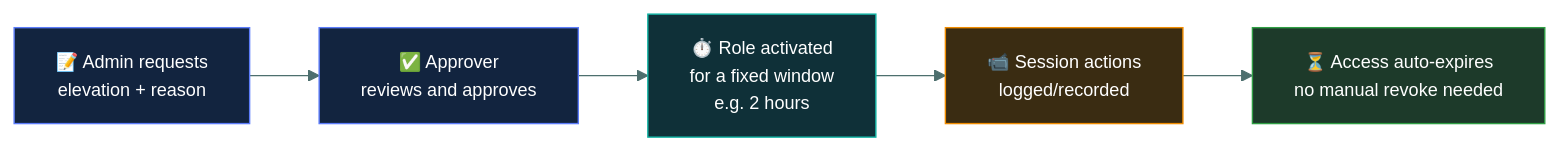
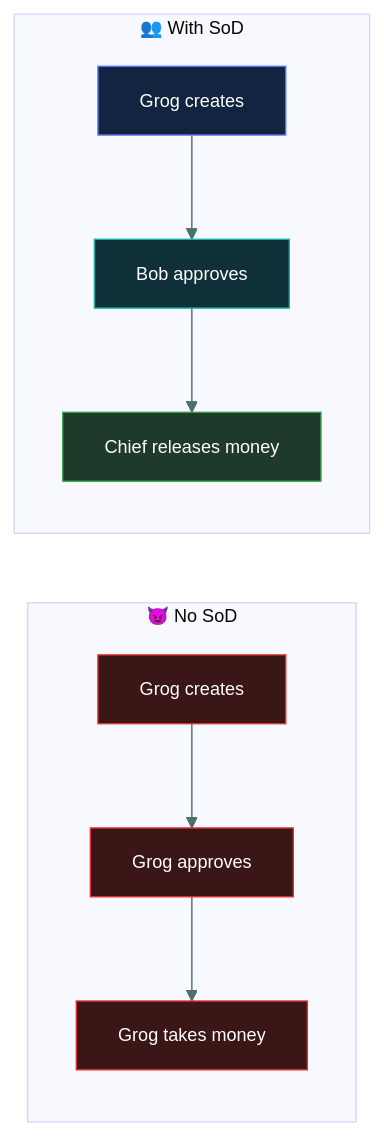
One commit to tarunTejaDesireddy/cc-exam-prep changed the fourth of 4 diagrams in 03-access-control/least-privilege-and-sod/README.md. Above: the diagram before and after it, drawn with Mermaid. The commit also changed other lines of this file, not shown here.

Commit message:
Replace least privilege / need-to-know / SoD with caveman-style version, diagrams and questions

````diff
--- a/03-access-control/least-privilege-and-sod/README.md
+++ b/03-access-control/least-privilege-and-sod/README.md
@@ -196,14 +256,17 @@
 ```mermaid
 %%{init: {'theme':'base','themeVariables':{'fontSize':'13px','lineColor':'#4d6f6e','textColor':'#dbe7e6'}}}%%
 flowchart LR
-    REQ["📝 Admin requests<br/>elevation + reason"] --> APP["✅ Approver<br/>reviews and approves"]
-    APP --> ACT["⏱️ Role activated<br/>for a fixed window<br/>e.g. 2 hours"]
-    ACT --> REC["📹 Session actions<br/>logged/recorded"]
-    REC --> EXP["⏳ Access auto-expires<br/>no manual revoke needed"]
+    subgraph BAD["😈 No SoD"]
+        G1["Grog creates"] --> G2["Grog approves"] --> G3["Grog takes money"]
+    end
+    subgraph GOOD["👥 With SoD"]
+        C1["Grog creates"] --> C2["Bob approves"] --> C3["Chief releases money"]
+    end
 
-    style REQ fill:#12243f,stroke:#5C7CFA,color:#fff
-    style APP fill:#12243f,stroke:#5C7CFA,color:#fff
-    style ACT fill:#0f3038,stroke:#12B5A5,color:#fff
-    style REC fill:#3a2c12,stroke:#F08C00,color:#fff
-    style EXP fill:#1d3a2a,stroke:#2F9E44,color:#fff
+    style G1 fill:#3a1616,stroke:#E03131,color:#fff
+    style G2 fill:#3a1616,stroke:#E03131,color:#fff
+    style G3 fill:#3a1616,stroke:#E03131,color:#fff
+    style C1 fill:#12243f,stroke:#5C7CFA,color:#fff
+    style C2 fill:#0f3038,stroke:#12B5A5,color:#fff
+    style C3 fill:#1d3a2a,stroke:#2F9E44,color:#fff
 ```
````
